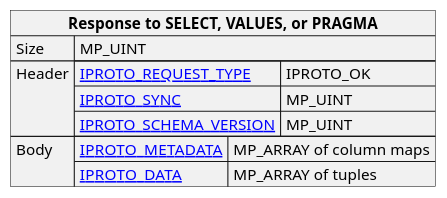
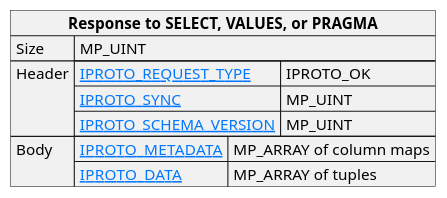
The diagram in doc/dev_guide/internals/iproto/images/sql_response_select.puml (tarantool/doc), drawn with PlantUML before and after one commit. The commit also changed 99 other files, not shown here.

Commit message:
Fix plantuml diagrams Broken links and puml parameters

```diff
--- a/doc/dev_guide/internals/iproto/images/sql_response_select.puml
+++ b/doc/dev_guide/internals/iproto/images/sql_response_select.puml
@@ -1,23 +1,23 @@
 @startuml
 
-skinparam map {
+skinparam {
     HyperlinkColor #0077FF
     FontColor #313131
     BorderColor #313131
     BackgroundColor transparent
 }
 
 json "**Response to SELECT, VALUES, or PRAGMA**" as sql_response_select {
     "Size": "MP_UINT",
     "Header": {
-      "[[tarantool.io/en/doc/latest/dev_guide/internals/iproto/keys IPROTO_REQUEST_TYPE]]": "IPROTO_OK",
-      "[[tarantool.io/en/doc/latest/dev_guide/internals/iproto/keys IPROTO_SYNC]]": "MP_UINT",
-      "[[tarantool.io/en/doc/latest/dev_guide/internals/iproto/keys IPROTO_SCHEMA_VERSION]]": "MP_UINT"
+      "[[https://tarantool.io/en/doc/latest/dev_guide/internals/iproto/keys IPROTO_REQUEST_TYPE]]": "IPROTO_OK",
+      "[[https://tarantool.io/en/doc/latest/dev_guide/internals/iproto/keys IPROTO_SYNC]]": "MP_UINT",
+      "[[https://tarantool.io/en/doc/latest/dev_guide/internals/iproto/keys IPROTO_SCHEMA_VERSION]]": "MP_UINT"
     },
     "Body": {
-      "[[tarantool.io/en/doc/latest/dev_guide/internals/iproto/keys IPROTO_METADATA]]": "MP_ARRAY of column maps",
-      "[[tarantool.io/en/doc/latest/dev_guide/internals/iproto/keys IPROTO_DATA]]": "MP_ARRAY of tuples"
+      "[[https://tarantool.io/en/doc/latest/dev_guide/internals/iproto/keys IPROTO_METADATA]]": "MP_ARRAY of column maps",
+      "[[https://tarantool.io/en/doc/latest/dev_guide/internals/iproto/keys IPROTO_DATA]]": "MP_ARRAY of tuples"
     }
 }
 
 @enduml
```
